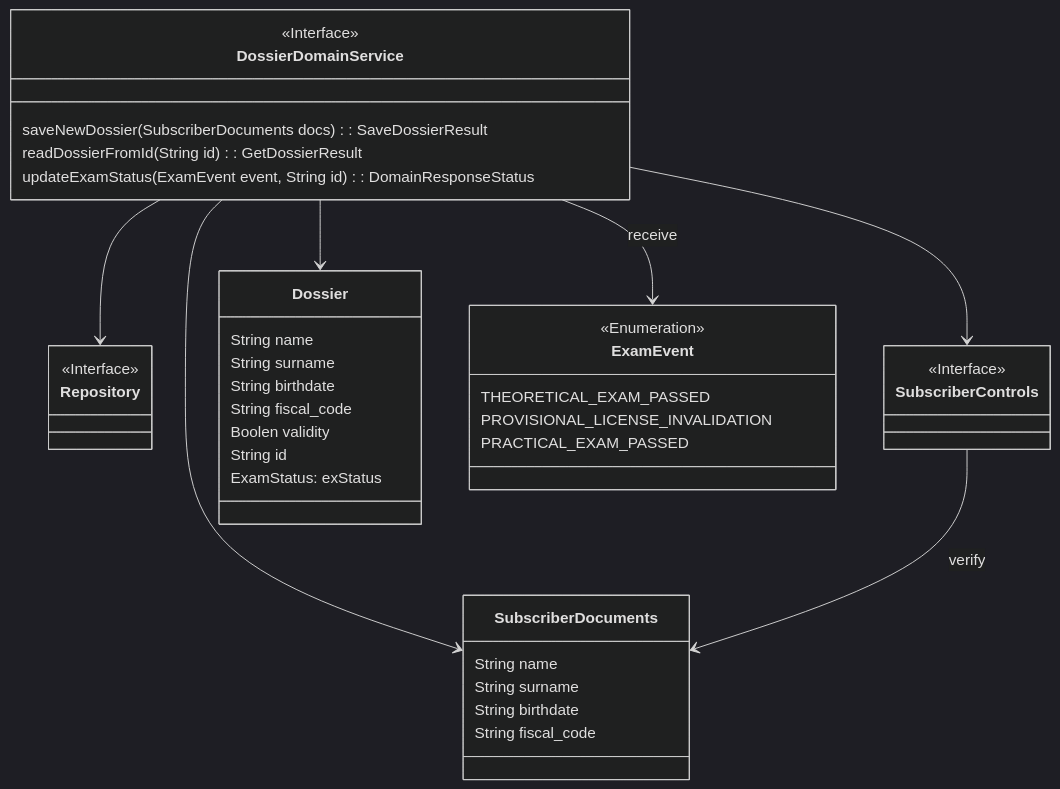
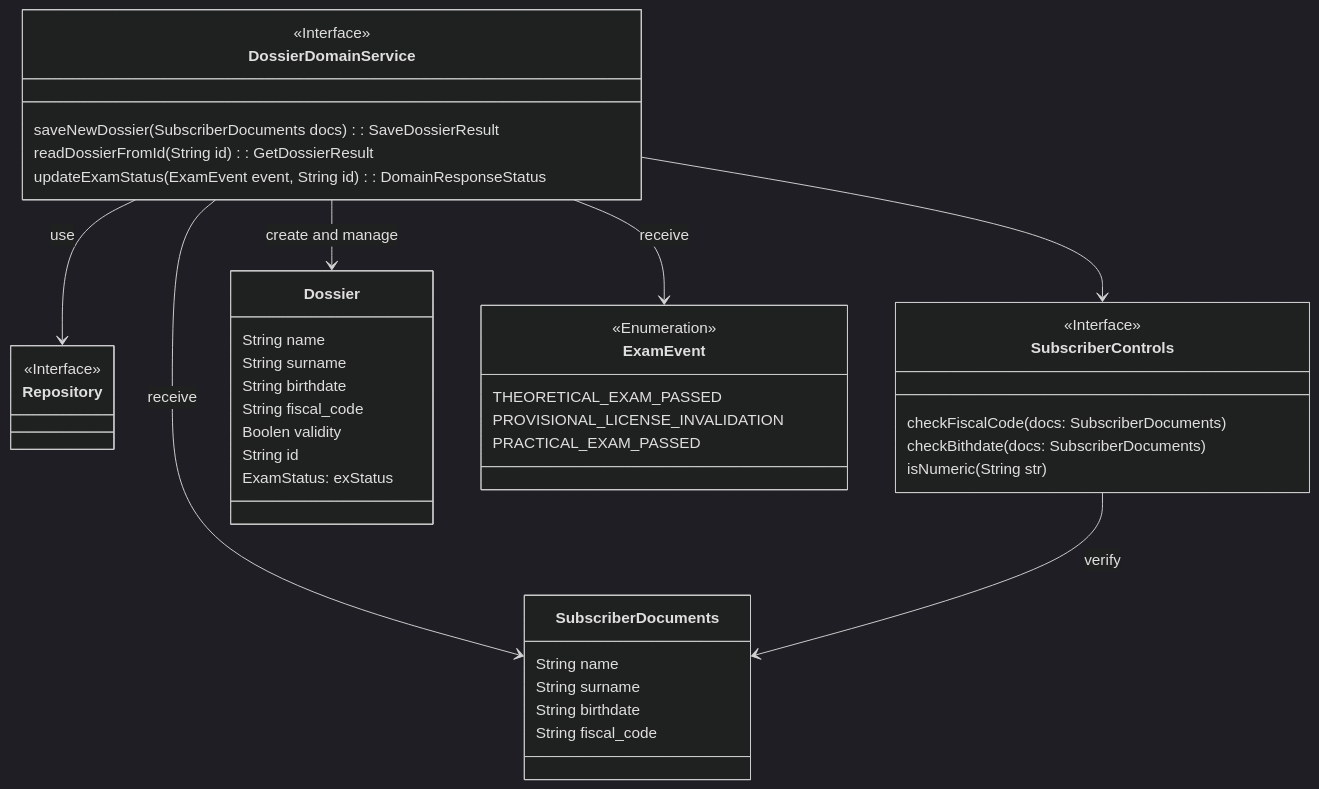
The first of 2 diagrams in docs/report/TacticalDesign/DossierService.md (den-gr/Driving-School-Distributed-Management-Software), drawn with Mermaid (dark theme) before and after one commit. The commit also changed other lines of this file, not shown here.

Commit message:
docs: add DossierService tactical design description

````diff
--- a/docs/report/TacticalDesign/DossierService.md
+++ b/docs/report/TacticalDesign/DossierService.md
@@ -17,51 +24,57 @@
 ```mermaid
 classDiagram
 direction TB
 
 
 class DossierDomainService {
     <<Interface>>
     saveNewDossier(SubscriberDocuments docs): SaveDossierResult
     readDossierFromId(String id): GetDossierResult
     updateExamStatus(ExamEvent event, String id): DomainResponseStatus
 }
 
 class Repository 
 <<Interface>> Repository 
 
 class SubscriberControls 
 <<Interface>> SubscriberControls 
 
-DossierDomainService --> Repository
-DossierDomainService --> Dossier
+DossierDomainService --> Repository : use
+DossierDomainService --> Dossier : create and manage
 DossierDomainService --> ExamEvent : receive
-DossierDomainService --> SubscriberDocuments
+DossierDomainService --> SubscriberDocuments : receive
 DossierDomainService --> SubscriberControls 
 
 SubscriberControls --> SubscriberDocuments : verify
 
 class SubscriberDocuments{
     String name
     String surname
     String birthdate
     String fiscal_code
 
 }
 
 class Dossier{
     String name
     String surname
     String birthdate
     String fiscal_code
     Boolen validity
     String id
     ExamStatus: exStatus
 }
 class ExamEvent{
     <<Enumeration>>
     THEORETICAL_EXAM_PASSED
     PROVISIONAL_LICENSE_INVALIDATION
     PRACTICAL_EXAM_PASSED
 }
 
+class SubscriberControls {
+    checkFiscalCode(docs: SubscriberDocuments)
+    checkBithdate(docs: SubscriberDocuments)
+    isNumeric(String str)
+}
+
 ```
````
